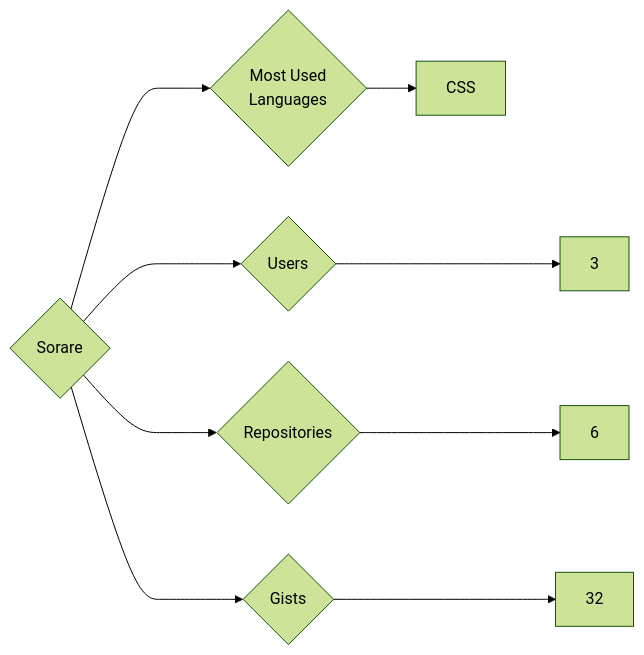
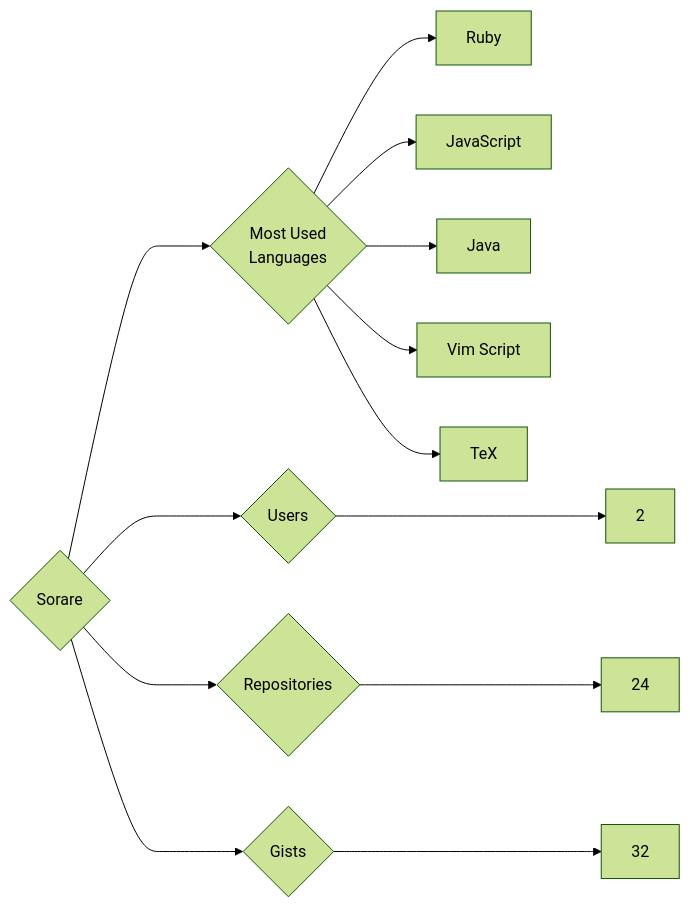
The diagram in targets/Sorare/README.md (trickest/insiders), drawn with Mermaid (forest theme) before and after one commit. The commit also changed 877 other files, not shown here.

````diff
--- a/targets/Sorare/README.md
+++ b/targets/Sorare/README.md
@@ -3,9 +3,13 @@
 ```mermaid
 graph LR
 COMPANY_NAME{Sorare}
-COMPANY_NAME ---> U{Users} ---> UN[3]
-COMPANY_NAME ---> R{Repositories} ---> RN[6]
+COMPANY_NAME ---> U{Users} ---> UN[2]
+COMPANY_NAME ---> R{Repositories} ---> RN[24]
 COMPANY_NAME ---> G{Gists} ---> GN[32]
 COMPANY_NAME ---> ML{Most Used<br>Languages}
-ML --> CSS[CSS]
+ML --> Ruby[Ruby]
+ML --> JavaScript[JavaScript]
+ML --> Java[Java]
+ML --> Vim_Script[Vim Script]
+ML --> TeX[TeX]
 ```
````
